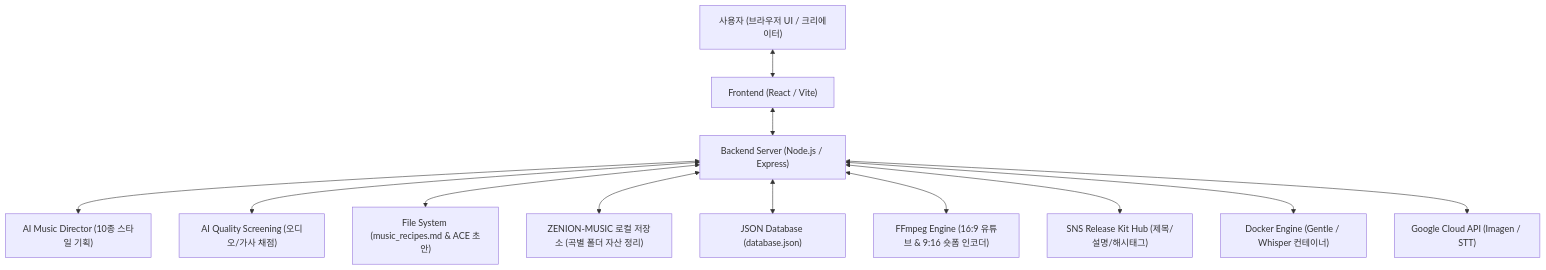
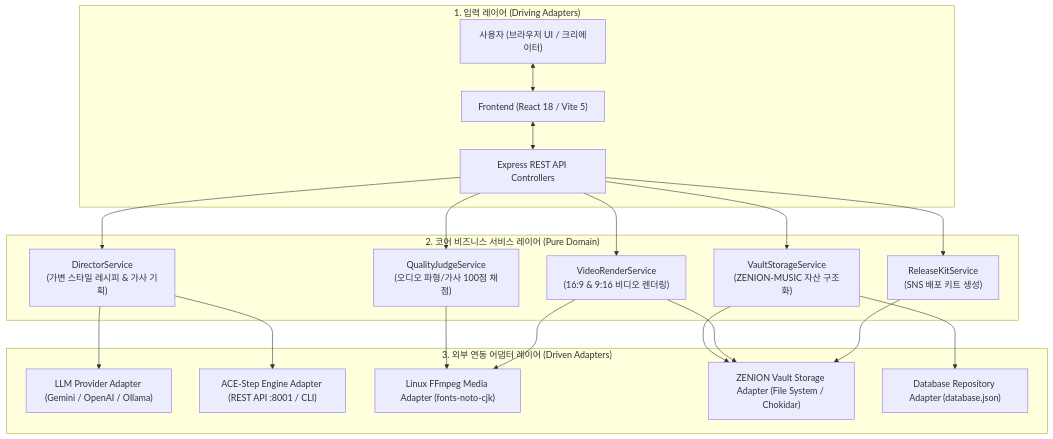
The diagram in docs/product/PRODUCT_ARCHITECTURE.md (julyinsung/lyrify), drawn with Mermaid before and after one commit. The commit also changed other lines of this file and 3 other files, not shown here.

Commit message:
docs: add ADR-007 and specify Hexagonal architecture with flexible DirectorService planning modes

````diff
--- a/docs/product/PRODUCT_ARCHITECTURE.md
+++ b/docs/product/PRODUCT_ARCHITECTURE.md
@@ -25,14 +25,30 @@
 ```mermaid
 flowchart TD
-  User["사용자 (브라우저 UI / 크리에이터)"] <--> FE["Frontend (React / Vite)"]
-  FE <--> BE["Backend Server (Node.js / Express)"]
-  BE <--> Director["AI Music Director (10종 스타일 기획)"]
-  BE <--> Judge["AI Quality Screening (오디오/가사 채점)"]
-  BE <--> FS["File System (music_recipes.md & ACE 초안)"]
-  BE <--> ZenionVault["ZENION-MUSIC 로컬 저장소 (곡별 폴더 자산 정리)"]
-  BE <--> DB["JSON Database (database.json)"]
-  BE <--> FF["FFmpeg Engine (16:9 유튜브 & 9:16 숏폼 인코더)"]
-  BE <--> ReleaseKit["SNS Release Kit Hub (제목/설명/해시태그)"]
-  BE <--> Docker["Docker Engine (Gentle / Whisper 컨테이너)"]
-  BE <--> GCloud["Google Cloud API (Imagen / STT)"]
+  subgraph Driving_Adapters ["1. 입력 레이어 (Driving Adapters)"]
+    User["사용자 (브라우저 UI / 크리에이터)"] <--> FE["Frontend (React 18 / Vite 5)"]
+    FE <--> ExpressRouter["Express REST API Controllers"]
+  end
+
+  subgraph Core_Services ["2. 코어 비즈니스 서비스 레이어 (Pure Domain)"]
+    DirectorSvc["DirectorService<br>(가변 스타일 레시피 & 가사 기획)"]
+    JudgeSvc["QualityJudgeService<br>(오디오 파형/가사 100점 채점)"]
+    VaultSvc["VaultStorageService<br>(ZENION-MUSIC 자산 구조화)"]
+    RenderSvc["VideoRenderService<br>(16:9 & 9:16 비디오 렌더링)"]
+    ReleaseSvc["ReleaseKitService<br>(SNS 배포 키트 생성)"]
+  end
+
+  subgraph Driven_Adapters ["3. 외부 연동 어댑터 레이어 (Driven Adapters)"]
+    LLMAdapter["LLM Provider Adapter (Gemini / OpenAI / Ollama)"]
+    ACEAdapter["ACE-Step Engine Adapter (REST API :8001 / CLI)"]
+    FFmpegAdapter["Linux FFmpeg Media Adapter (fonts-noto-cjk)"]
+    StorageAdapter["ZENION Vault Storage Adapter (File System / Chokidar)"]
+    DBAdapter["Database Repository Adapter (database.json)"]
+  end
+
+  ExpressRouter --> DirectorSvc & JudgeSvc & VaultSvc & RenderSvc & ReleaseSvc
+  DirectorSvc --> LLMAdapter & ACEAdapter
+  JudgeSvc --> FFmpegAdapter
+  VaultSvc --> StorageAdapter & DBAdapter
+  RenderSvc --> FFmpegAdapter & StorageAdapter
+  ReleaseSvc --> StorageAdapter
 ```
````
